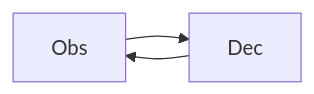
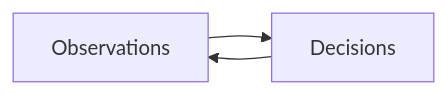
One commit to yminsky/the-saga-of-runtime5 changed the seventh of 7 diagrams in talk-general.md. Above: the diagram before and after it, drawn with Mermaid. The commit also changed other lines of this file and 7 other files, not shown here.

Commit message:
Added heap-marking diagram

````diff
--- a/talk-general.md
+++ b/talk-general.md
@@ -206,5 +183,5 @@
 ```mermaid +render
 graph LR
-    Obs --> Dec
-    Dec --> Obs
+    Observations --> Decisions
+    Decisions --> Observations
 ```
````
